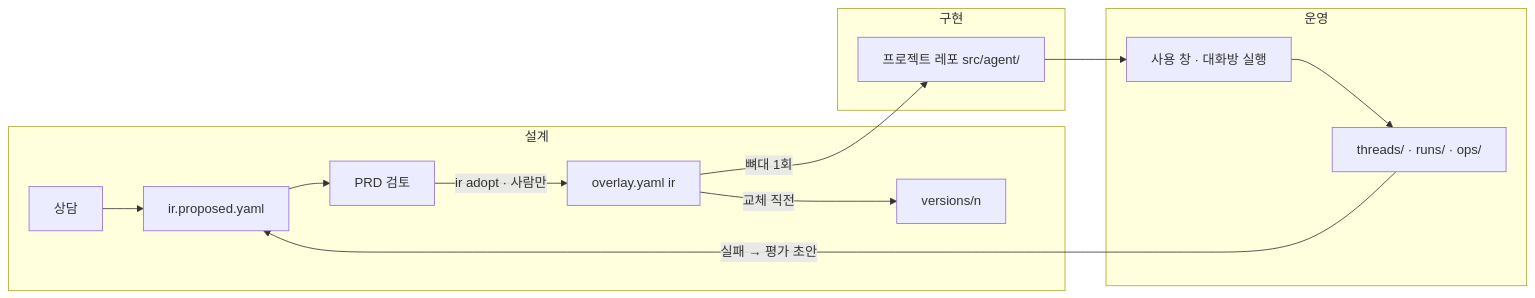
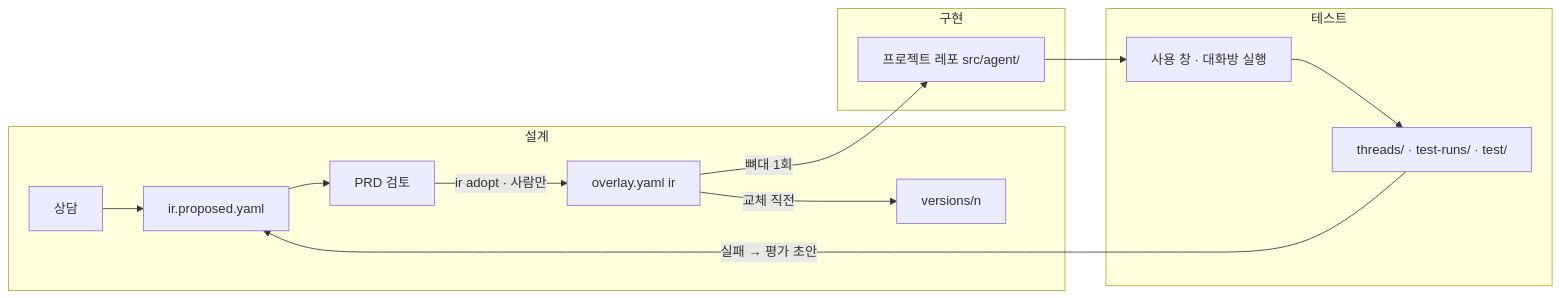
One commit to Han-Archives/Patchbay changed the first of 2 diagrams in knowledge/patchbay/기획/저장구조.md. Above: the diagram before and after it, drawn with Mermaid. The commit also changed other lines of this file and 269 other files, not shown here.

````diff
--- a/knowledge/patchbay/기획/저장구조.md
+++ b/knowledge/patchbay/기획/저장구조.md
@@ -147,13 +160,13 @@
 ```mermaid
 flowchart LR
   subgraph 설계
     C["상담"] --> P["ir.proposed.yaml"] --> R["PRD 검토"] -->|"ir adopt · 사람만"| A["overlay.yaml ir"] -->|"교체 직전"| V["versions/n"]
   end
   subgraph 구현
     A -->|"뼈대 1회"| G["프로젝트 레포 src/agent/"]
   end
-  subgraph 운영
-    G --> O["사용 창 · 대화방 실행"] --> T["threads/ · runs/ · ops/"]
+  subgraph 테스트
+    G --> O["사용 창 · 대화방 실행"] --> T["threads/ · test-runs/ · test/"]
   end
   T -->|"실패 → 평가 초안"| P
 ```
````
